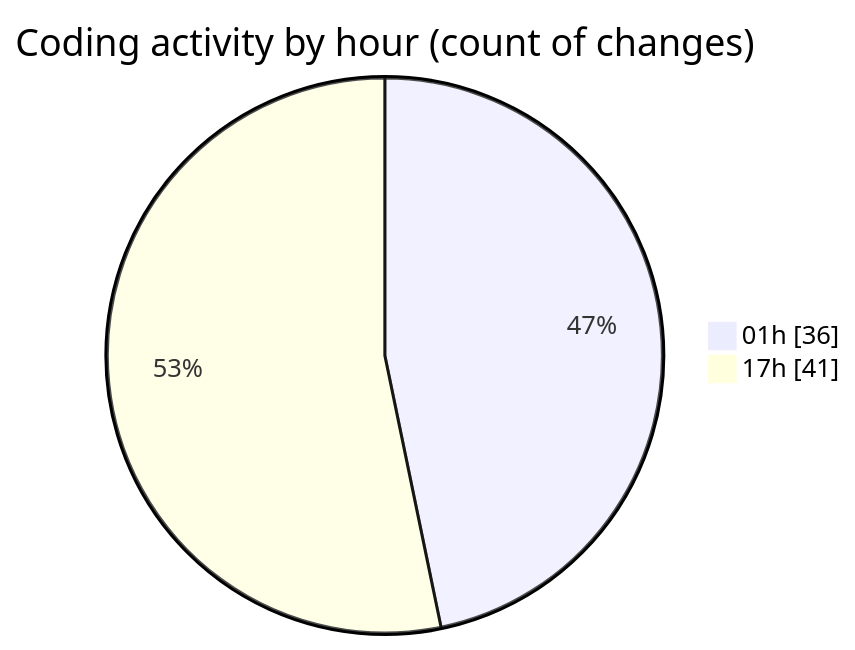
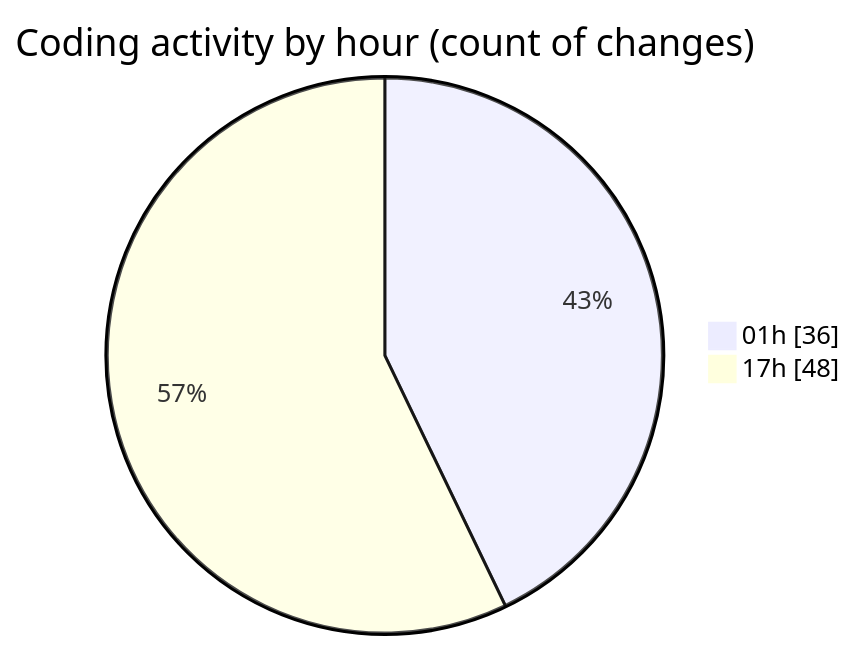
Before and after one commit to lephambinh05/code-tracking: the second of 2 diagrams in 2025-07-29/appproject/README.md, drawn with Mermaid. The commit also changed other lines of this file and 1 other file, not shown here.

````diff
--- a/2025-07-29/appproject/README.md
+++ b/2025-07-29/appproject/README.md
@@ -68,6 +71,6 @@
 ```mermaid
 pie showData
 title Coding activity by hour (count of changes)
 "01h" : 36
-"17h" : 41
+"17h" : 48
 ```
````
